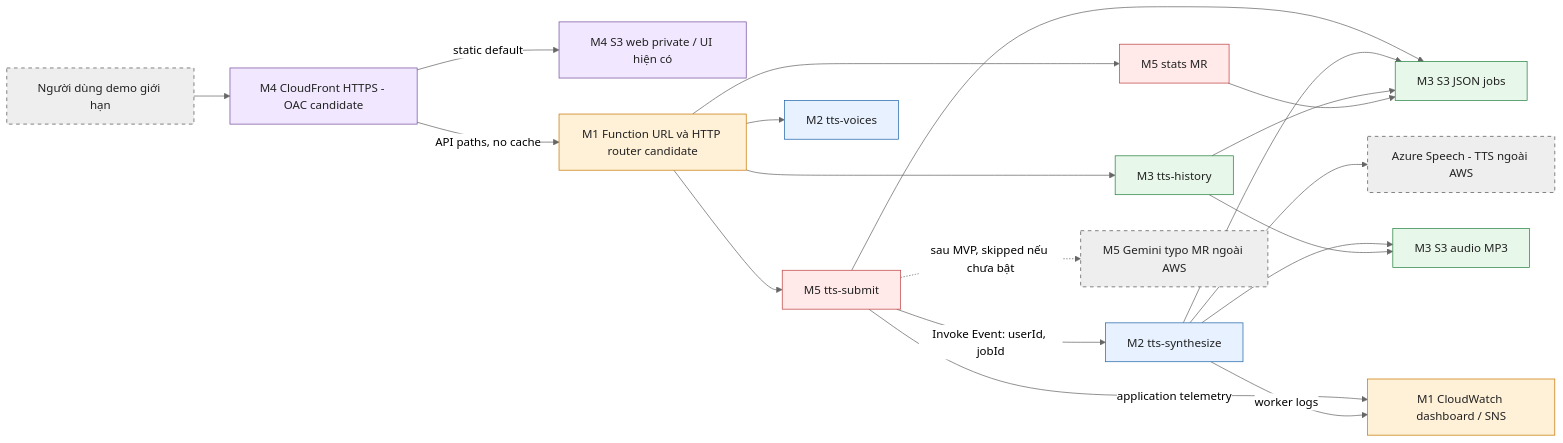
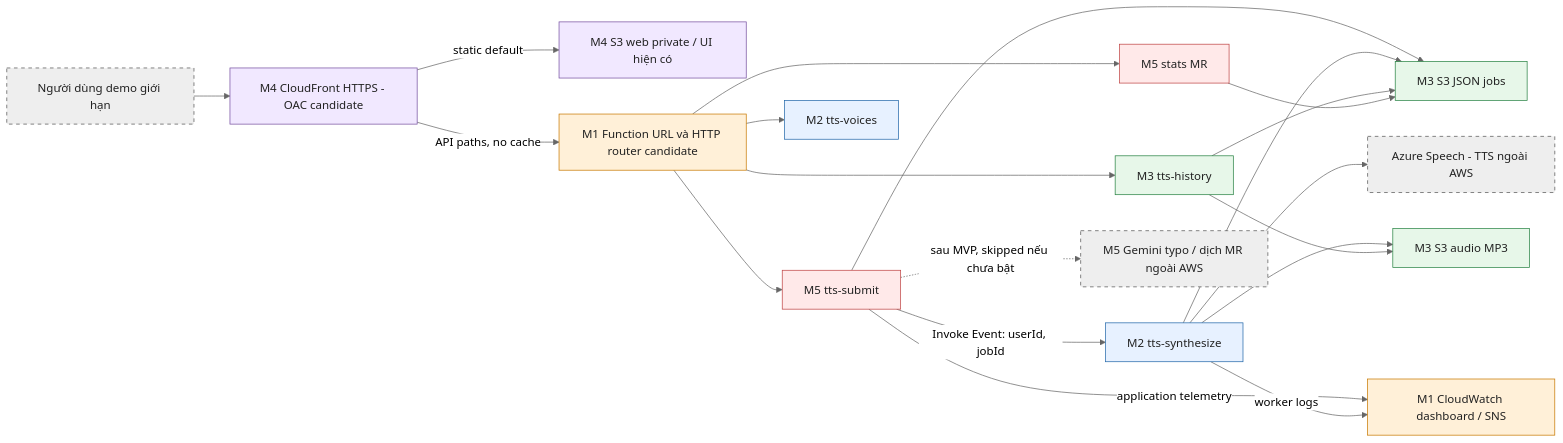
Before and after one commit to solvarhuynh/aws-multilingual-tts: the diagram in docs/ARCHITECTURE.md, drawn with Mermaid (neutral theme). The commit also changed other lines of this file and 34 other files, not shown here.

Commit message:
feat: complete long document Gemini demo flow

```diff
--- a/docs/ARCHITECTURE.md
+++ b/docs/ARCHITECTURE.md
@@ -9,47 +9,47 @@
 ~~~mermaid
 flowchart LR
     U["Người dùng demo giới hạn"]
     CF["M4 CloudFront HTTPS - OAC candidate"]
     W["M4 S3 web private / UI hiện có"]
     H["M1 Function URL và HTTP router candidate"]
     S["M5 tts-submit"]
     X["M2 tts-synthesize"]
     P["Azure Speech - TTS ngoài AWS"]
     V["M2 tts-voices"]
     R["M3 tts-history"]
     J["M3 S3 JSON jobs"]
     A["M3 S3 audio MP3"]
     T["M5 stats MR"]
-    G["M5 Gemini typo MR ngoài AWS"]
+    G["M5 Gemini typo / dịch MR ngoài AWS"]
     M["M1 CloudWatch dashboard / SNS"]
     U --> CF
     CF -->|"static default"| W
     CF -->|"API paths, no cache"| H
     H --> S
     H --> V
     H --> R
     H --> T
     S -->|"Invoke Event: userId, jobId"| X
     S --> J
     X --> J
     X --> P
     X --> A
     R --> J
     R --> A
     T --> J
     S -. "sau MVP, skipped nếu chưa bật" .-> G
     S -->|"application telemetry"| M
     X -->|"worker logs"| M
     classDef m1 fill:#fff0d8,stroke:#c87900,color:#222;
     classDef m2 fill:#e7f1ff,stroke:#2468aa,color:#222;
     classDef m3 fill:#e7f7e9,stroke:#298344,color:#222;
     classDef m4 fill:#f1e8ff,stroke:#7650a0,color:#222;
     classDef m5 fill:#ffe9e9,stroke:#bf4444,color:#222;
     classDef ext fill:#eee,stroke:#555,stroke-dasharray: 5 5,color:#222;
     class H,M m1;
     class X,V m2;
     class J,A,R m3;
     class CF,W m4;
     class S,T m5;
     class U,P,G ext;
 ~~~
```
